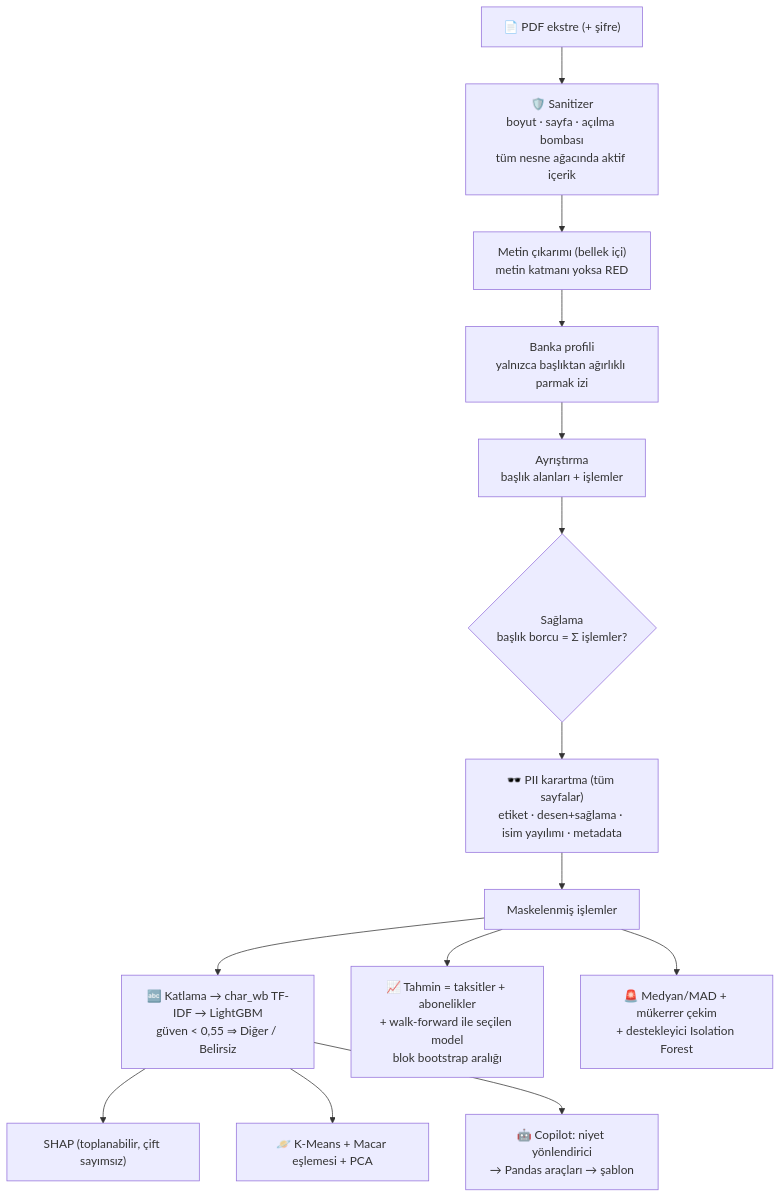
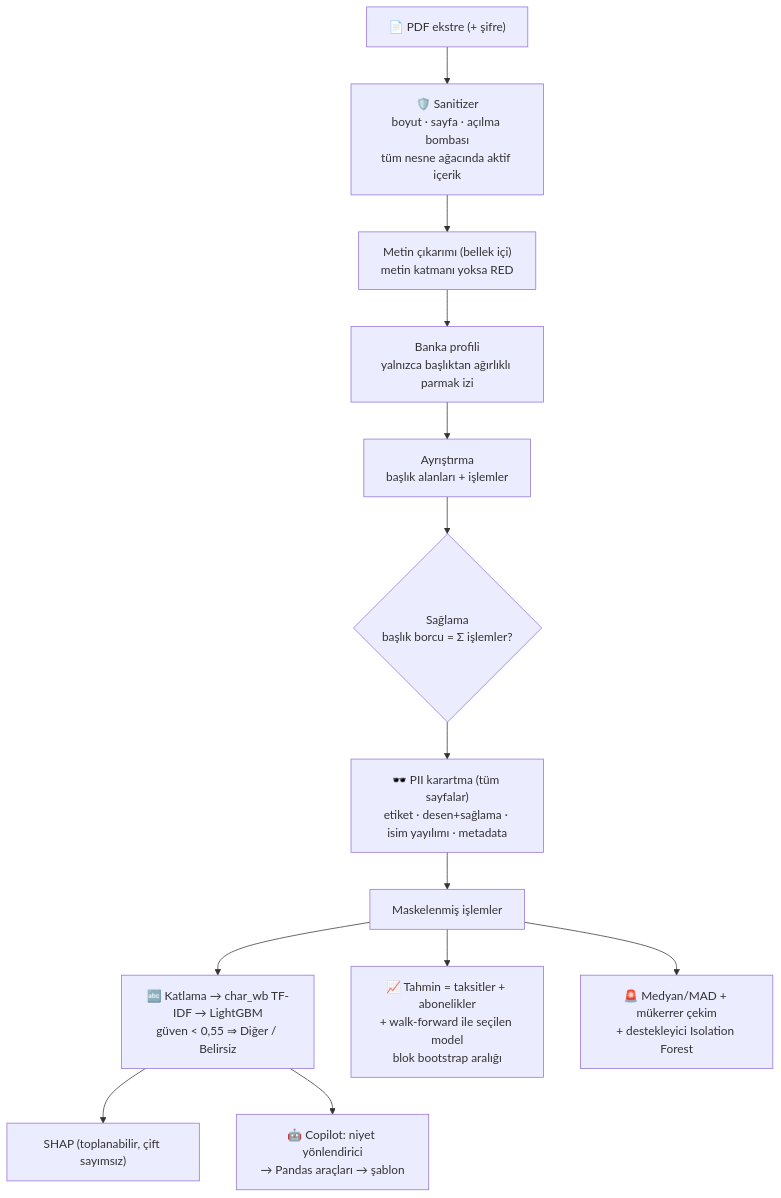
Before and after one commit to berkayyukunc/finwise-ai: the diagram in README.md, drawn with Mermaid. The commit also changed other lines of this file and 17 other files, not shown here.

````diff
--- a/README.md
+++ b/README.md
@@ -51,17 +50,16 @@
 ```mermaid
 flowchart TD
     PDF["📄 PDF ekstre (+ şifre)"] --> SAN["🛡️ Sanitizer<br/>boyut · sayfa · açılma bombası<br/>tüm nesne ağacında aktif içerik"]
     SAN --> TXT["Metin çıkarımı (bellek içi)<br/>metin katmanı yoksa RED"]
     TXT --> FP["Banka profili<br/>yalnızca başlıktan ağırlıklı parmak izi"]
     FP --> PARSE["Ayrıştırma<br/>başlık alanları + işlemler"]
     PARSE --> CHK{"Sağlama<br/>başlık borcu = Σ işlemler?"}
     CHK --> RED["🕶️ PII karartma (tüm sayfalar)<br/>etiket · desen+sağlama · isim yayılımı · metadata"]
     RED --> DF["Maskelenmiş işlemler"]
 
     DF --> NLP["🔤 Katlama → char_wb TF-IDF → LightGBM<br/>güven < 0,55 ⇒ Diğer / Belirsiz"]
     NLP --> SHAP["SHAP (toplanabilir, çift sayımsız)"]
     DF --> FC["📈 Tahmin = taksitler + abonelikler<br/>+ walk-forward ile seçilen model<br/>blok bootstrap aralığı"]
     DF --> AN["🚨 Medyan/MAD + mükerrer çekim<br/>+ destekleyici Isolation Forest"]
-    NLP --> KM["🪐 K-Means + Macar eşlemesi + PCA"]
     NLP --> CP["🤖 Copilot: niyet yönlendirici<br/>→ Pandas araçları → şablon"]
 ```
````
